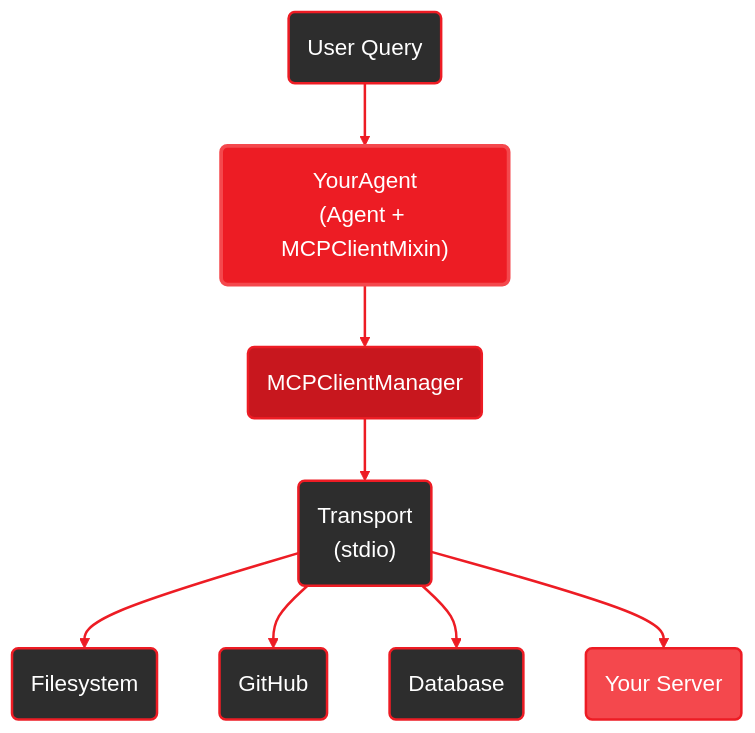
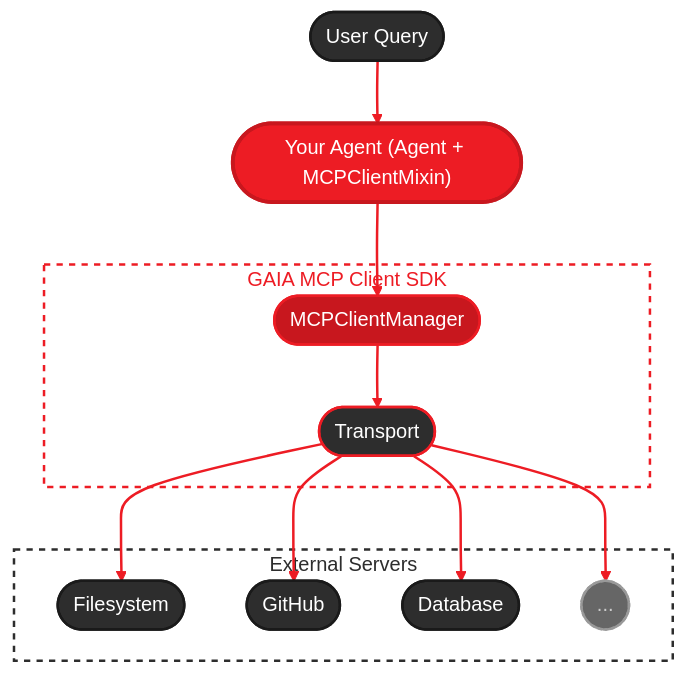
Before and after one commit to amd/gaia: the diagram in docs/guides/mcp/client.mdx, drawn with Mermaid. The commit also changed 1 other file, not shown here.

Commit message:
docs: update architecture diagrams for MCP Client with mermaid syntax

````diff
--- a/docs/guides/mcp/client.mdx
+++ b/docs/guides/mcp/client.mdx
@@ -147,28 +147,39 @@
 ```mermaid
-%%{init: {'theme':'base', 'themeVariables': { 'primaryColor':'#ED1C24', 'fontSize':'18px', 'lineColor':'#ED1C24', 'primaryTextColor':'#fff', 'edgeLabelBackground':'#1a1a1a'}, 'flowchart': {'curve': 'basis'}}}%%
-graph TB
-    User("User Query")
-    YourAgent("YourAgent<br/>(Agent + MCPClientMixin)")
-    Manager("MCPClientManager")
-    Transport("Transport<br/>(stdio)")
+%%{init: {'theme':'base', 'themeVariables': { 'primaryColor':'#ED1C24', 'primaryTextColor':'#fff', 'primaryBorderColor':'#C8171E', 'lineColor':'#ED1C24', 'secondaryColor':'#2d2d2d', 'tertiaryColor':'#f5f5f5', 'fontFamily': 'system-ui, -apple-system, sans-serif'}, 'flowchart': {'curve': 'basis'}}}%%
+flowchart TB
+    User(["User Query"])
+    Agent(["Your Agent (Agent + MCPClientMixin)"])
 
-    User --> YourAgent
-    YourAgent --> Manager
+    subgraph GAIAClient ["GAIA MCP Client SDK"]
+        Manager(["MCPClientManager"])
+        Transport(["Transport"])
+    end
+
+    subgraph ExtServers ["External Servers"]
+        FS(["Filesystem"])
+        GH(["GitHub"])
+        DB(["Database"])
+        More(["..."])
+    end
+
+    User --> Agent
+    Agent --> Manager
     Manager --> Transport
+    Transport --> FS
+    Transport --> GH
+    Transport --> DB
+    Transport --> More
 
-    Transport --> FS("Filesystem")
-    Transport --> GH("GitHub")
-    Transport --> DB("Database")
-    Transport --> Custom("Your Server")
-
-    style User fill:#2d2d2d,stroke:#ED1C24,stroke-width:2px,color:#fff
-    style YourAgent fill:#ED1C24,stroke:#F4484D,stroke-width:3px,color:#fff
+    style User fill:#2d2d2d,stroke:#1a1a1a,stroke-width:2px,color:#fff
+    style Agent fill:#ED1C24,stroke:#C8171E,stroke-width:3px,color:#fff
     style Manager fill:#C8171E,stroke:#ED1C24,stroke-width:2px,color:#fff
     style Transport fill:#2d2d2d,stroke:#ED1C24,stroke-width:2px,color:#fff
-    style FS fill:#2d2d2d,stroke:#ED1C24,stroke-width:2px,color:#fff
-    style GH fill:#2d2d2d,stroke:#ED1C24,stroke-width:2px,color:#fff
-    style DB fill:#2d2d2d,stroke:#ED1C24,stroke-width:2px,color:#fff
-    style Custom fill:#F4484D,stroke:#ED1C24,stroke-width:2px,color:#fff
+    style FS fill:#2d2d2d,stroke:#1a1a1a,stroke-width:2px,color:#fff
+    style GH fill:#2d2d2d,stroke:#1a1a1a,stroke-width:2px,color:#fff
+    style DB fill:#2d2d2d,stroke:#1a1a1a,stroke-width:2px,color:#fff
+    style More fill:#666,stroke:#999,stroke-width:2px,color:#ccc,stroke-dasharray:3
+    style GAIAClient fill:none,stroke:#ED1C24,stroke-width:2px,stroke-dasharray:5,color:#ED1C24
+    style ExtServers fill:none,stroke:#2d2d2d,stroke-width:2px,stroke-dasharray:5,color:#2d2d2d
 
     linkStyle default stroke:#ED1C24,stroke-width:2px
 ```
````
